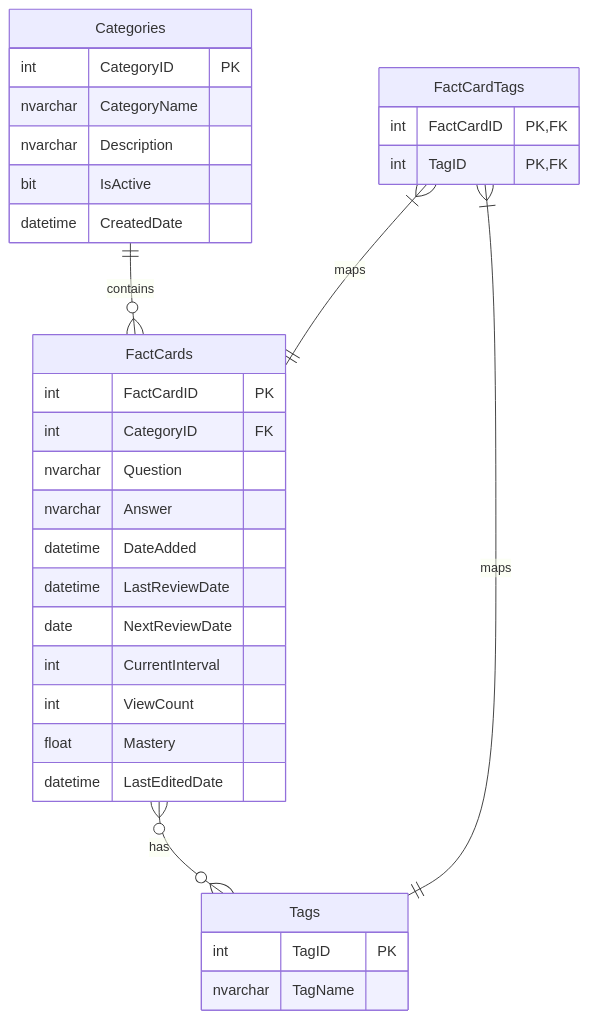
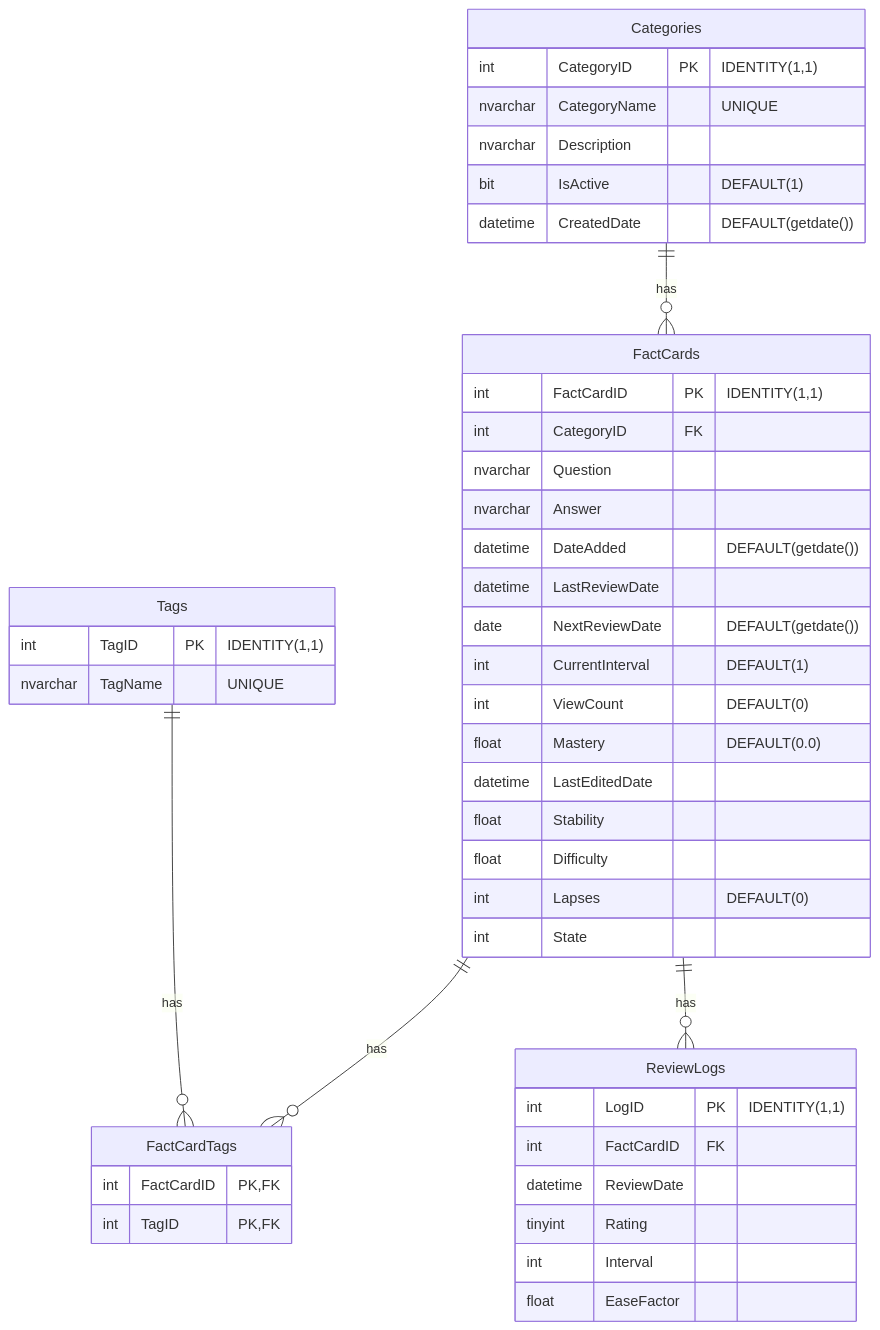
The diagram in database_setup/[ERD]DB_Tables.mmd (LordGauravB/FactDari), drawn with Mermaid before and after one commit. The commit also changed 7 other files, not shown here.

```diff
--- a/database_setup/[ERD]DB_Tables.mmd
+++ b/database_setup/[ERD]DB_Tables.mmd
@@ -1,37 +1,50 @@
 erDiagram
-    Categories ||--o{ FactCards : contains
-    FactCards }o--o{ Tags : has
-    FactCardTags }|--|| FactCards : maps
-    FactCardTags }|--|| Tags : maps
-
     Categories {
-        int CategoryID PK
-        nvarchar CategoryName
+        int CategoryID PK "IDENTITY(1,1)"
+        nvarchar CategoryName "UNIQUE"
         nvarchar Description
-        bit IsActive
-        datetime CreatedDate
+        bit IsActive "DEFAULT(1)"
+        datetime CreatedDate "DEFAULT(getdate())"
     }
-
+    
     FactCards {
-        int FactCardID PK
+        int FactCardID PK "IDENTITY(1,1)"
         int CategoryID FK
         nvarchar Question
         nvarchar Answer
-        datetime DateAdded
+        datetime DateAdded "DEFAULT(getdate())"
         datetime LastReviewDate
-        date NextReviewDate
-        int CurrentInterval
-        int ViewCount
-        float Mastery
+        date NextReviewDate "DEFAULT(getdate())"
+        int CurrentInterval "DEFAULT(1)"
+        int ViewCount "DEFAULT(0)"
+        float Mastery "DEFAULT(0.0)"
         datetime LastEditedDate
+        float Stability
+        float Difficulty
+        int Lapses "DEFAULT(0)"
+        int State
     }
-
+    
     Tags {
-        int TagID PK
-        nvarchar TagName
+        int TagID PK "IDENTITY(1,1)"
+        nvarchar TagName "UNIQUE"
     }
-
+    
     FactCardTags {
         int FactCardID PK,FK
         int TagID PK,FK
     }
+    
+    ReviewLogs {
+        int LogID PK "IDENTITY(1,1)"
+        int FactCardID FK
+        datetime ReviewDate
+        tinyint Rating
+        int Interval
+        float EaseFactor
+    }
+    
+    Categories ||--o{ FactCards : "has"
+    FactCards ||--o{ FactCardTags : "has"
+    Tags ||--o{ FactCardTags : "has"
+    FactCards ||--o{ ReviewLogs : "has"
```
